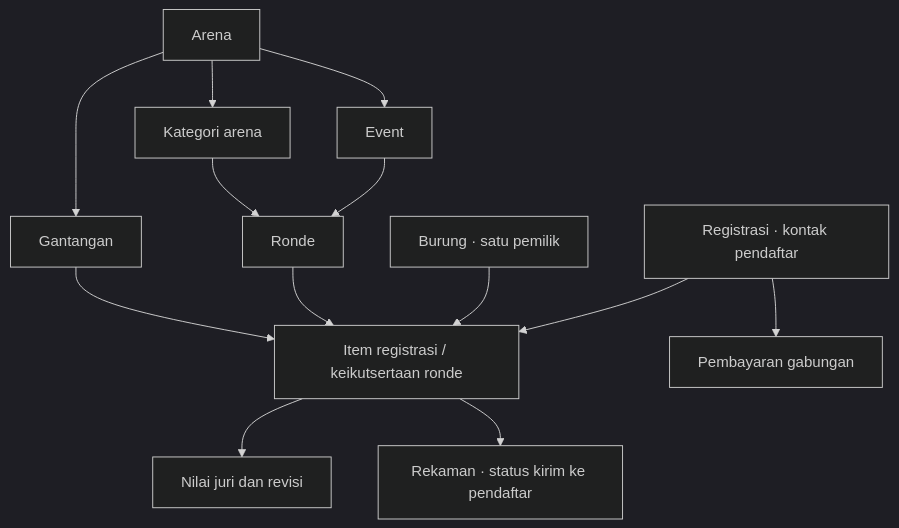
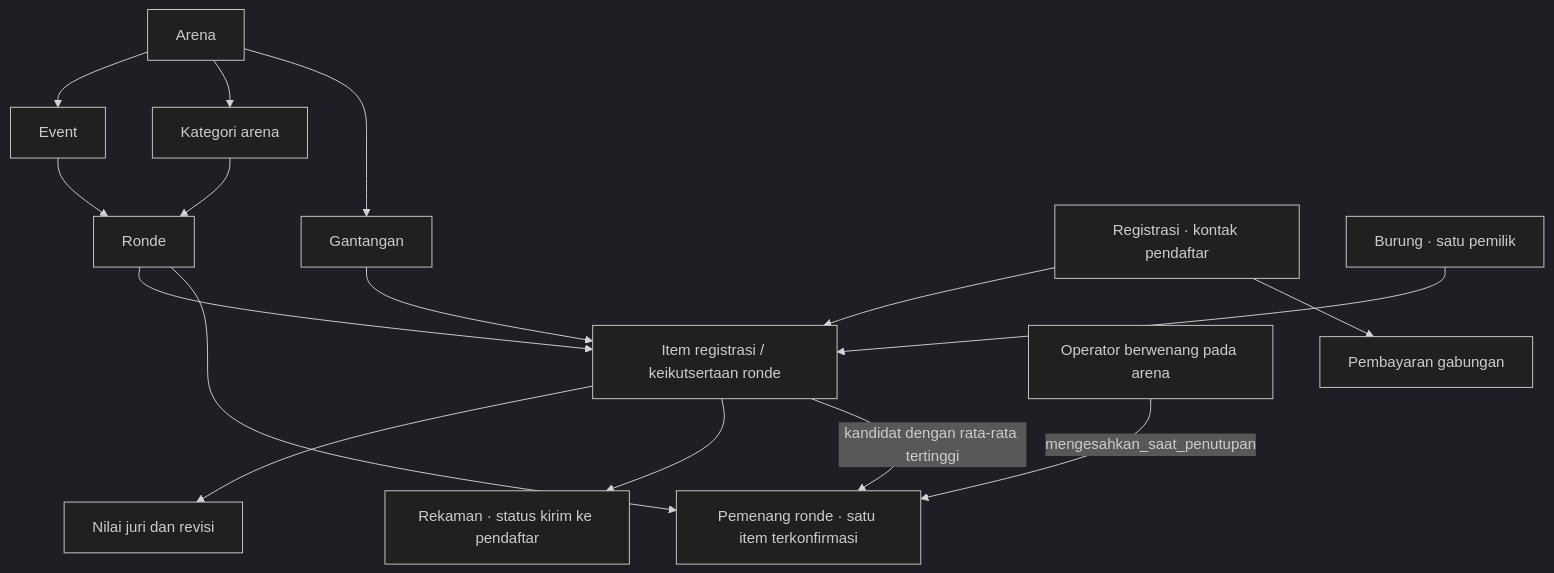
One commit to bachtiarilham/kicau-mania changed the first of 5 diagrams in cloud-app/db/ERD.md. Above: the diagram before and after it, drawn with Mermaid (dark theme). The commit also changed other lines of this file and 111 other files, not shown here.

````diff
--- a/cloud-app/db/ERD.md
+++ b/cloud-app/db/ERD.md
@@ -13,15 +17,18 @@
 ```mermaid
 flowchart TD
     A["Arena"] --> E["Event"]
     E --> R["Ronde"]
     A --> K["Kategori arena"]
     K --> R
     A --> G["Gantangan"]
     REG["Registrasi · kontak pendaftar"] --> I["Item registrasi / keikutsertaan ronde"]
     REG --> PAY["Pembayaran gabungan"]
     B["Burung · satu pemilik"] --> I
     R --> I
     G --> I
     I --> S["Nilai juri dan revisi"]
     I --> M["Rekaman · status kirim ke pendaftar"]
+    R --> W["Pemenang ronde · satu item terkonfirmasi"]
+    I -->|"kandidat dengan rata-rata tertinggi"| W
+    O["Operator berwenang pada arena"] -->|mengesahkan_saat_penutupan| W
 ```
````
